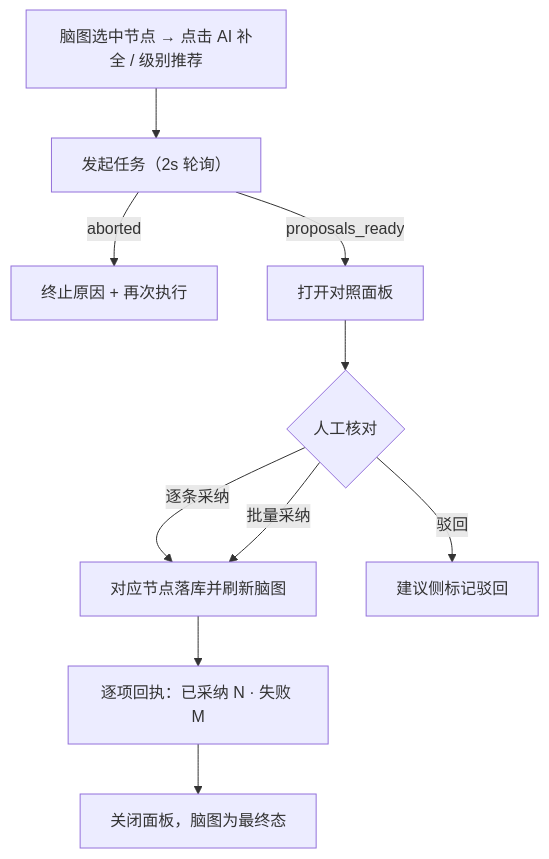
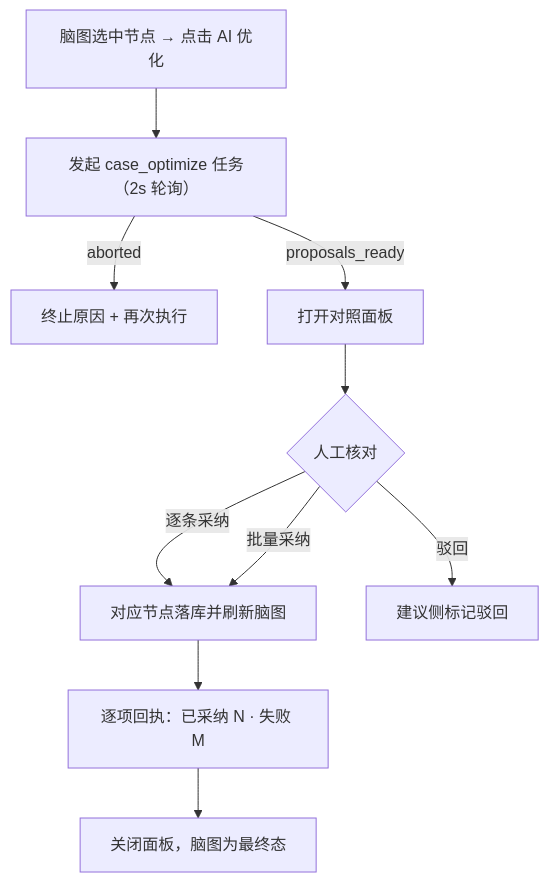
One commit to XiaoMiSum/robotest changed the diagram in docs/05-interaction-design/07-ai-capability/07-assisted-features-ui.md. Above: the diagram before and after it, drawn with Mermaid. The commit also changed other lines of this file and 9 other files, not shown here.

````diff
--- a/docs/05-interaction-design/07-ai-capability/07-assisted-features-ui.md
+++ b/docs/05-interaction-design/07-ai-capability/07-assisted-features-ui.md
@@ -94,12 +92,12 @@
 ```mermaid
 flowchart TD
-  A[脑图选中节点 → 点击 AI 补全 / 级别推荐] --> B[发起任务（2s 轮询）]
+  A[脑图选中节点 → 点击 AI 优化] --> B[发起 case_optimize 任务（2s 轮询）]
   B -- aborted --> C[终止原因 + 再次执行]
   B -- proposals_ready --> D[打开对照面板]
   D --> E{人工核对}
   E -- 逐条采纳 --> F[对应节点落库并刷新脑图]
   E -- 批量采纳 --> F
   E -- 驳回 --> G[建议侧标记驳回]
   F --> H[逐项回执：已采纳 N · 失败 M]
   H --> I[关闭面板，脑图为最终态]
 ```
````
